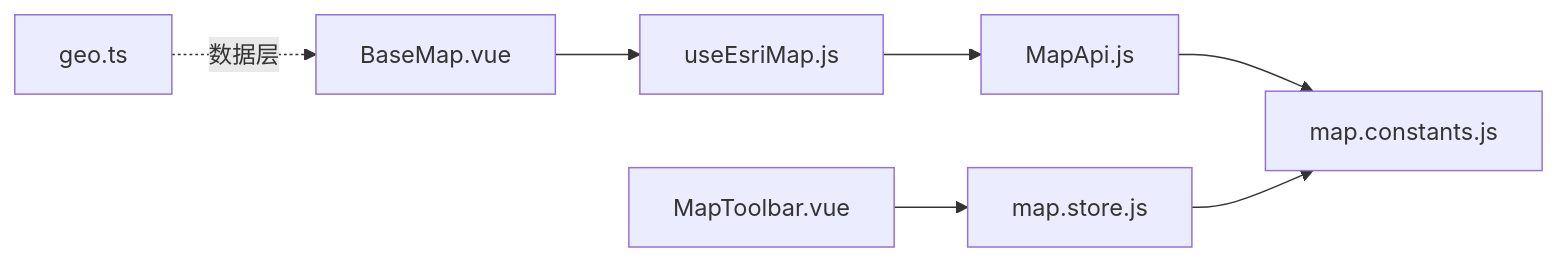
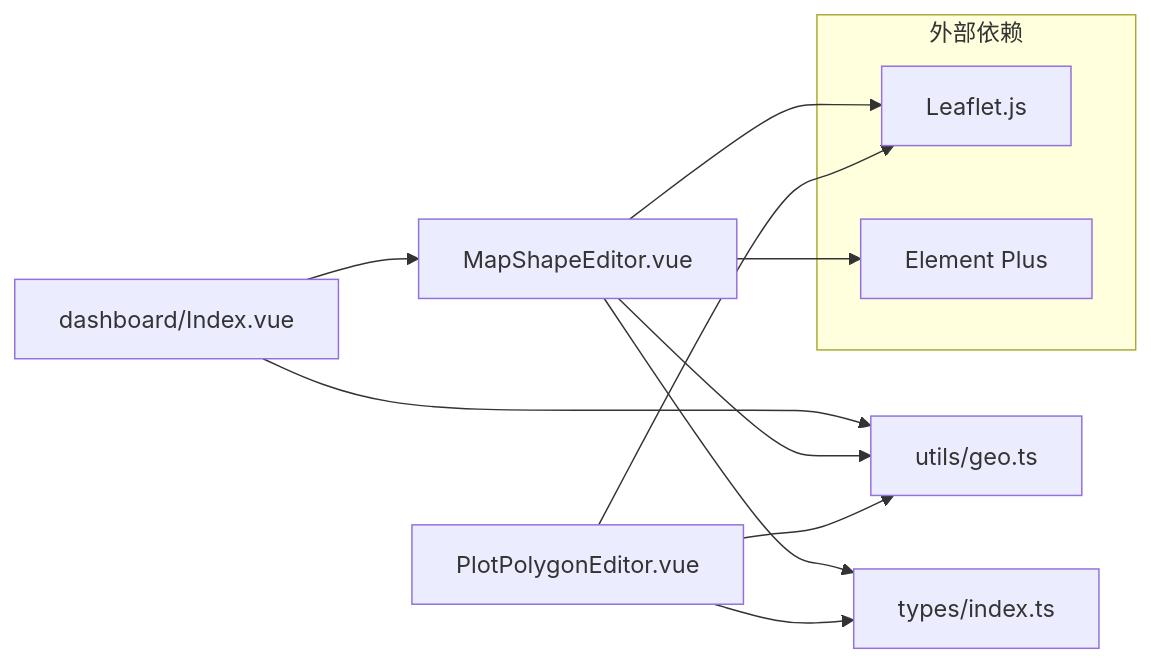
The fifth of 5 diagrams in .qoder/repowiki/zh/content/前端应用文档/地图可视化.md (q446328246/agri-platform), drawn with Mermaid before and after one commit. The commit also changed other lines of this file and 39 other files, not shown here.

````diff
--- a/.qoder/repowiki/zh/content/前端应用文档/地图可视化.md
+++ b/.qoder/repowiki/zh/content/前端应用文档/地图可视化.md
@@ -296,9 +237,16 @@
 ```mermaid
 graph LR
-BaseMap["BaseMap.vue"] --> UseEsri["useEsriMap.js"]
-UseEsri --> MapApi["MapApi.js"]
-MapApi --> Consts["map.constants.js"]
-Toolbar["MapToolbar.vue"] --> Store["map.store.js"]
-Store --> Consts
-Geo["geo.ts"] -.->|"数据层"| BaseMap
+Dashboard["dashboard/Index.vue"] --> ShapeEditor["MapShapeEditor.vue"]
+Dashboard --> GeoUtils["utils/geo.ts"]
+ShapeEditor --> GeoUtils
+ShapeEditor --> Types["types/index.ts"]
+PolygonEditor["PlotPolygonEditor.vue"] --> GeoUtils
+PolygonEditor --> Types
+subgraph "外部依赖"
+Leaflet["Leaflet.js"]
+ElementPlus["Element Plus"]
+end
+ShapeEditor --> Leaflet
+PolygonEditor --> Leaflet
+ShapeEditor --> ElementPlus
 ```
````
